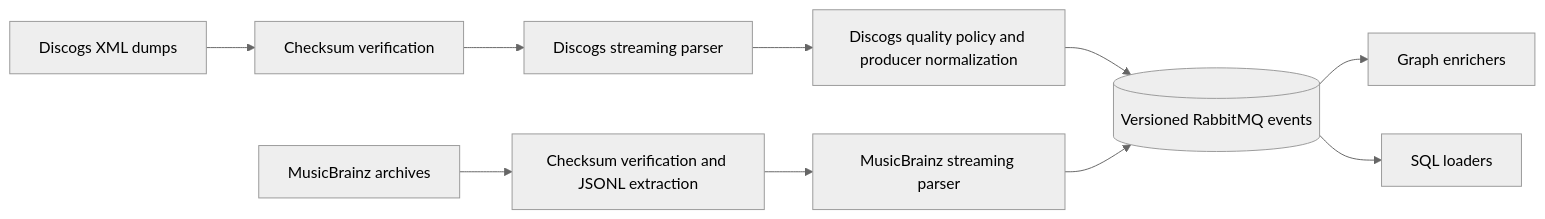
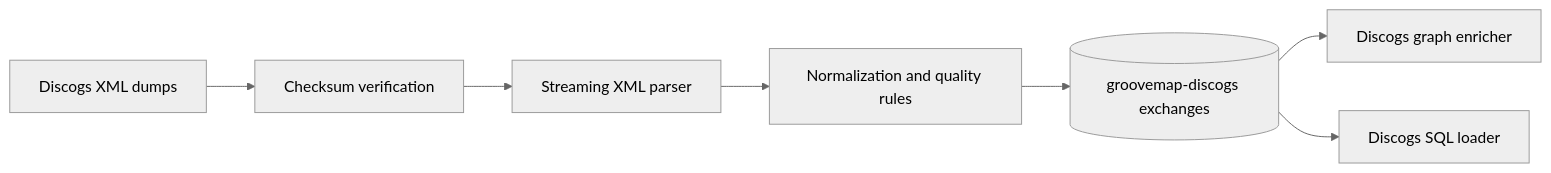
One commit to groovemap-music/catalog-ingestion changed the diagram in README.md. Above: the diagram before and after it, drawn with Mermaid (neutral theme). The commit also changed other lines of this file and 6 other files, not shown here.

````diff
--- a/README.md
+++ b/README.md
@@ -10,12 +8,9 @@
 ```mermaid
 flowchart LR
-    D[Discogs XML dumps] --> VD[Checksum verification]
-    M[MusicBrainz archives] --> VM[Checksum verification and JSONL extraction]
-    VD --> DP[Discogs streaming parser]
-    VM --> MP[MusicBrainz streaming parser]
-    DP --> N[Discogs quality policy and producer normalization]
-    N --> R[(Versioned RabbitMQ events)]
-    MP --> R
-    R --> G[Graph enrichers]
-    R --> S[SQL loaders]
+    D[Discogs XML dumps] --> V[Checksum verification]
+    V --> P[Streaming XML parser]
+    P --> N[Normalization and quality rules]
+    N --> R[(groovemap-discogs exchanges)]
+    R --> G[Discogs graph enricher]
+    R --> S[Discogs SQL loader]
 ```
````
